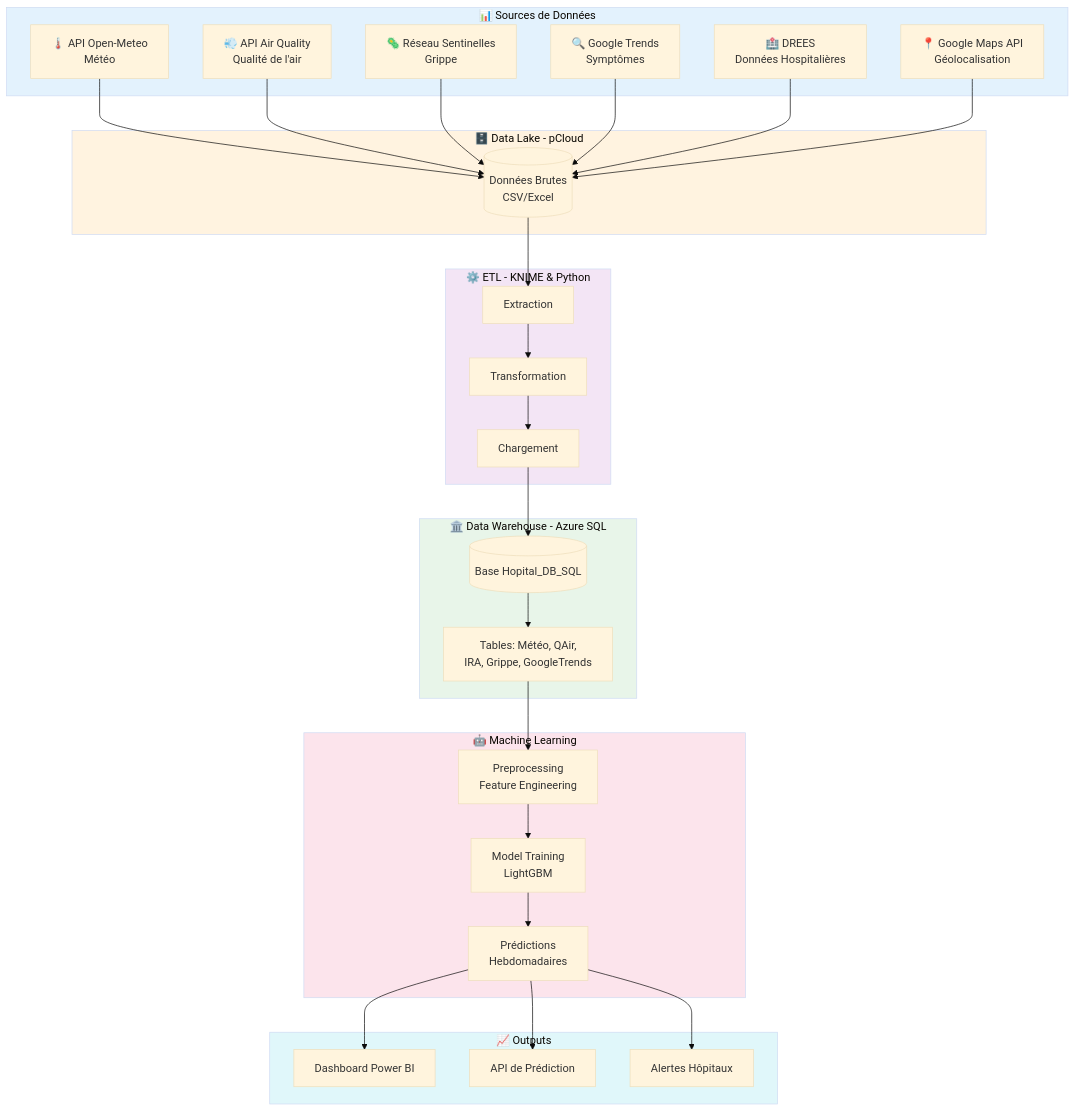
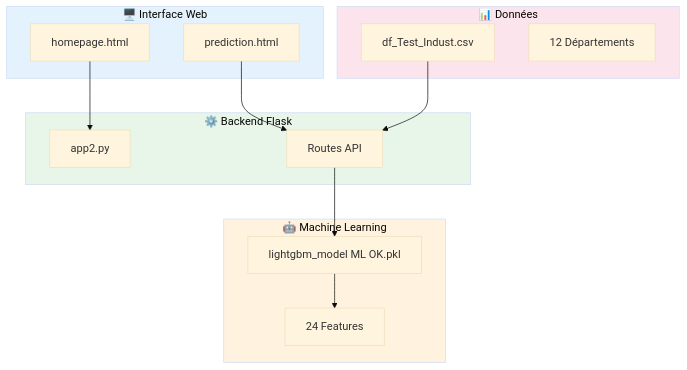
Before and after one commit to MohdSarar/PREDICTIRA: the first of 2 diagrams in README_PREDICTIRA.md, drawn with Mermaid (base theme). The commit also changed other lines of this file, not shown here.

````diff
--- a/README_PREDICTIRA.md
+++ b/README_PREDICTIRA.md
@@ -32,50 +27,33 @@
 ```mermaid
 flowchart TB
-    subgraph DataSources["📊 Sources de Données"]
-        A1[🌡️ API Open-Meteo<br/>Météo]
-        A2[💨 API Air Quality<br/>Qualité de l'air]
-        A3[🦠 Réseau Sentinelles<br/>Grippe]
-        A4[🔍 Google Trends<br/>Symptômes]
-        A5[🏥 DREES<br/>Données Hospitalières]
-        A6[📍 Google Maps API<br/>Géolocalisation]
+    subgraph Frontend["🖥️ Interface Web"]
+        A1[homepage.html]
+        A2[prediction.html]
     end
 
-    subgraph DataLake["🗄️ Data Lake - pCloud"]
-        B1[(Données Brutes<br/>CSV/Excel)]
-    end
-
-    subgraph ETL["⚙️ ETL - KNIME & Python"]
-        C1[Extraction]
-        C2[Transformation]
-        C3[Chargement]
-    end
-
-    subgraph DataWarehouse["🏛️ Data Warehouse - Azure SQL"]
-        D1[(Base Hopital_DB_SQL)]
-        D2[Tables: Météo, QAir,<br/>IRA, Grippe, GoogleTrends]
+    subgraph Backend["⚙️ Backend Flask"]
+        B1[app2.py]
+        B2[Routes API]
     end
 
     subgraph ML["🤖 Machine Learning"]
-        E1[Preprocessing<br/>Feature Engineering]
-        E2[Model Training<br/>LightGBM]
-        E3[Prédictions<br/>Hebdomadaires]
+        C1[lightgbm_model ML OK.pkl]
+        C2[24 Features]
     end
 
-    subgraph Output["📈 Outputs"]
-        F1[Dashboard Power BI]
-        F2[API de Prédiction]
-        F3[Alertes Hôpitaux]
+    subgraph Data["📊 Données"]
+        D1[df_Test_Indust.csv]
+        D2[12 Départements]
     end
 
-    A1 & A2 & A3 & A4 & A5 & A6 --> B1
-    B1 --> C1 --> C2 --> C3 --> D1
-    D1 --> D2 --> E1 --> E2 --> E3
-    E3 --> F1 & F2 & F3
+    A1 --> B1
+    A2 --> B2
+    B2 --> C1
+    C1 --> C2
+    D1 --> B2
 
-    style DataSources fill:#e3f2fd
-    style DataLake fill:#fff3e0
-    style ETL fill:#f3e5f5
-    style DataWarehouse fill:#e8f5e9
-    style ML fill:#fce4ec
-    style Output fill:#e0f7fa
+    style Frontend fill:#e3f2fd
+    style Backend fill:#e8f5e9
+    style ML fill:#fff3e0
+    style Data fill:#fce4ec
 ```
````
